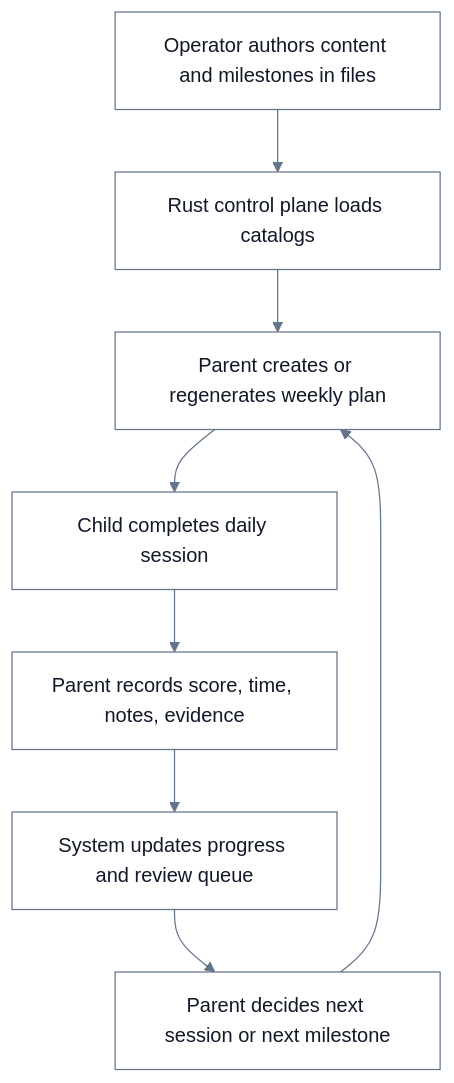
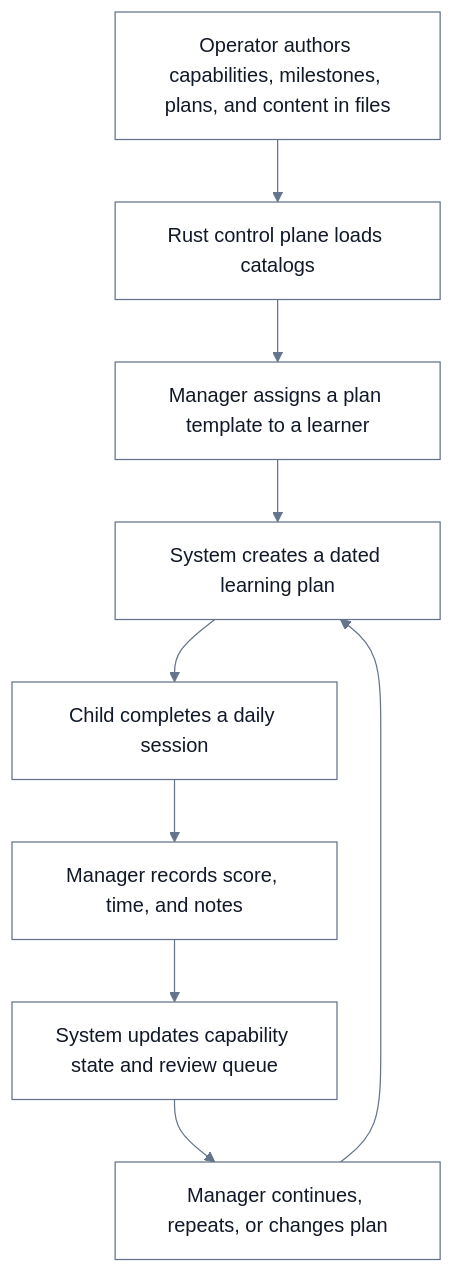
Before and after one commit to ajithjos/joseph-academy: the first of 2 diagrams in docs/architecture/learning-product-definition.md, drawn with Mermaid. The commit also changed other lines of this file, not shown here.

````diff
--- a/docs/architecture/learning-product-definition.md
+++ b/docs/architecture/learning-product-definition.md
@@ -266,14 +420,15 @@
 ```mermaid
 %%{init: {'theme': 'base', 'themeVariables': { 'background': '#ffffff', 'primaryColor': '#ffffff', 'primaryTextColor': '#111827', 'primaryBorderColor': '#64748b', 'lineColor': '#64748b', 'secondaryColor': '#f8fafc', 'tertiaryColor': '#f8fafc', 'fontFamily': 'Inter, ui-sans-serif, system-ui, sans-serif' }}}%%
 flowchart TD
-  author[Operator authors content and milestones in files] --> load[Rust control plane loads catalogs]
-  load --> plan[Parent creates or regenerates weekly plan]
-  plan --> session[Child completes daily session]
-  session --> record[Parent records score, time, notes, evidence]
-  record --> review[System updates progress and review queue]
-  review --> next[Parent decides next session or next milestone]
-  next --> plan
+  author[Operator authors capabilities, milestones, plans, and content in files] --> load[Rust control plane loads catalogs]
+  load --> assign[Manager assigns a plan template to a learner]
+  assign --> instantiate[System creates a dated learning plan]
+  instantiate --> session[Child completes a daily session]
+  session --> record[Manager records score, time, and notes]
+  record --> review[System updates capability state and review queue]
+  review --> next[Manager continues, repeats, or changes plan]
+  next --> instantiate
 
   classDef default fill:#ffffff,stroke:#64748b,color:#111827
   linkStyle default stroke:#64748b
 ```
````
